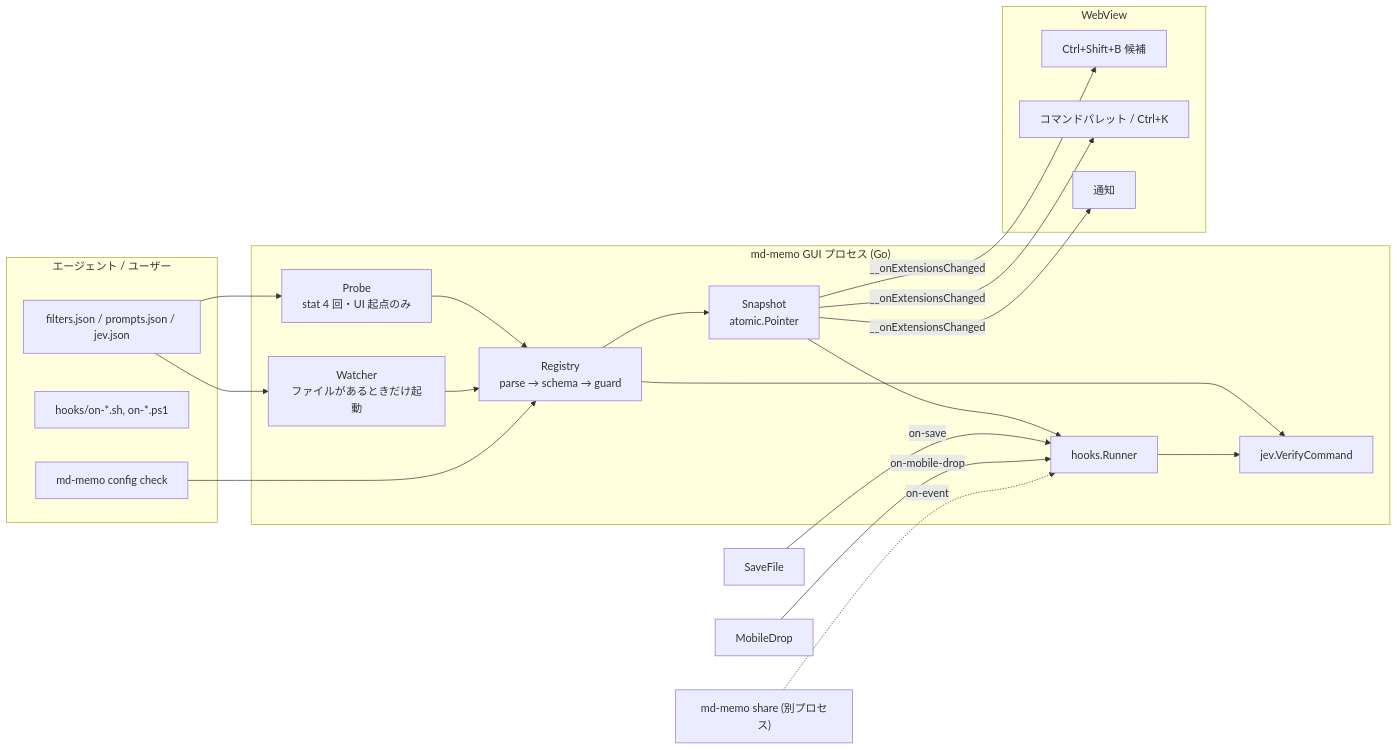
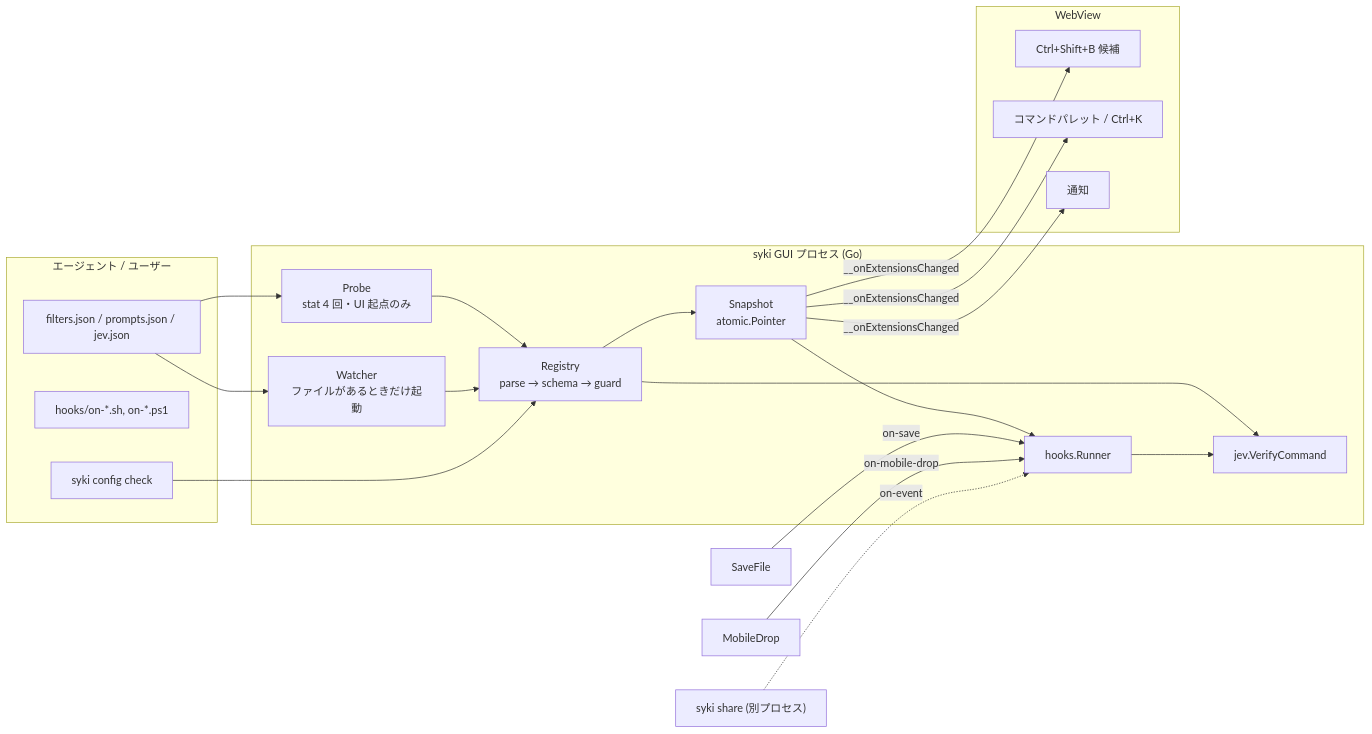
Before and after one commit to youshinh/syki-sok: the diagram in docs/design/agent-malleable-architecture.md, drawn with Mermaid. The commit also changed other lines of this file and 298 other files, not shown here.

First line of the commit message:
chore: md-memo -> syki everywhere (names, markers, keys, symbols, documents)

````diff
--- a/docs/design/agent-malleable-architecture.md
+++ b/docs/design/agent-malleable-architecture.md
@@ -213,33 +213,33 @@
 ```mermaid
 flowchart LR
   subgraph Agent["エージェント / ユーザー"]
     A1["filters.json / prompts.json / jev.json"]
     A2["hooks/on-*.sh, on-*.ps1"]
-    A3["md-memo config check"]
+    A3["syki config check"]
   end
-  subgraph Core["md-memo GUI プロセス (Go)"]
+  subgraph Core["syki GUI プロセス (Go)"]
     P["Probe<br/>stat 4 回・UI 起点のみ"]
     W["Watcher<br/>ファイルがあるときだけ起動"]
     R["Registry<br/>parse → schema → guard"]
     S["Snapshot<br/>atomic.Pointer"]
     G["jev.VerifyCommand"]
     H["hooks.Runner"]
   end
   subgraph UI["WebView"]
     U1["Ctrl+Shift+B 候補"]
     U2["コマンドパレット / Ctrl+K"]
     U3["通知"]
   end
-  SH["md-memo share (別プロセス)"]
+  SH["syki share (別プロセス)"]
   A1 --> P
   A1 --> W
   P --> R
   W --> R --> S
   R --> G
   A3 --> R
   S -->|"__onExtensionsChanged"| U1 & U2 & U3
   S --> H --> G
   SaveFile -->|on-save| H
   MobileDrop -->|on-mobile-drop| H
   SH -.->|"on-event"| H
 ```
````
